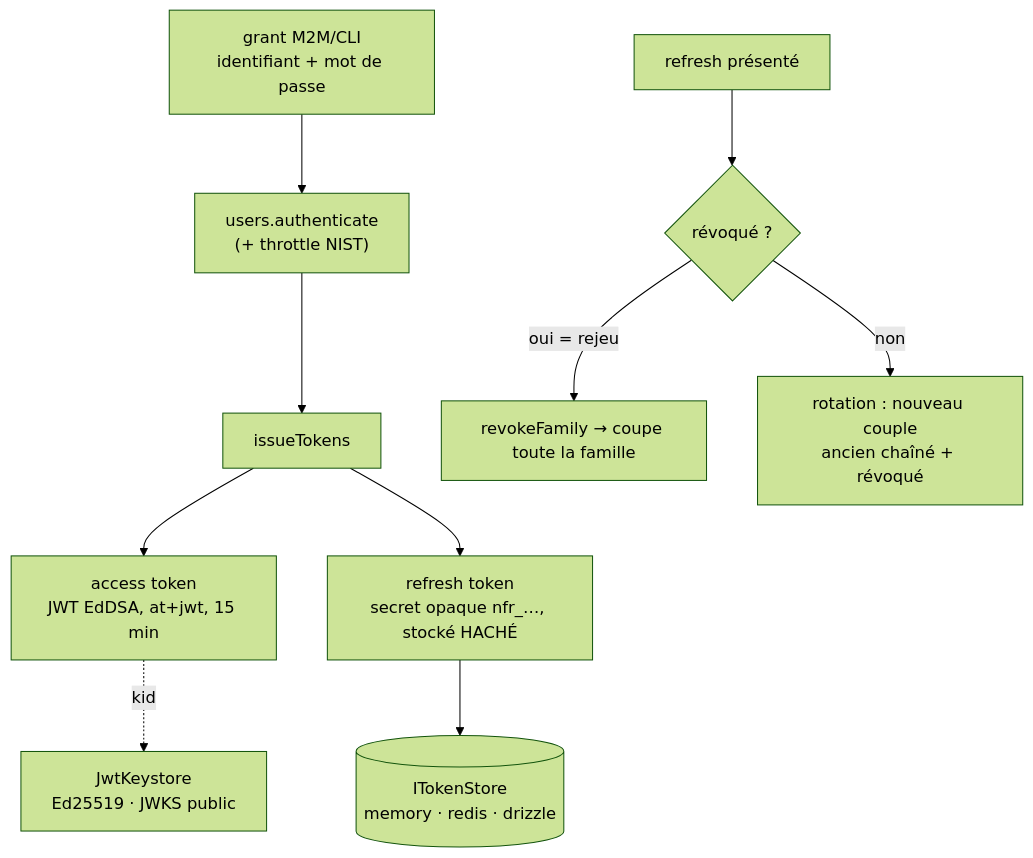
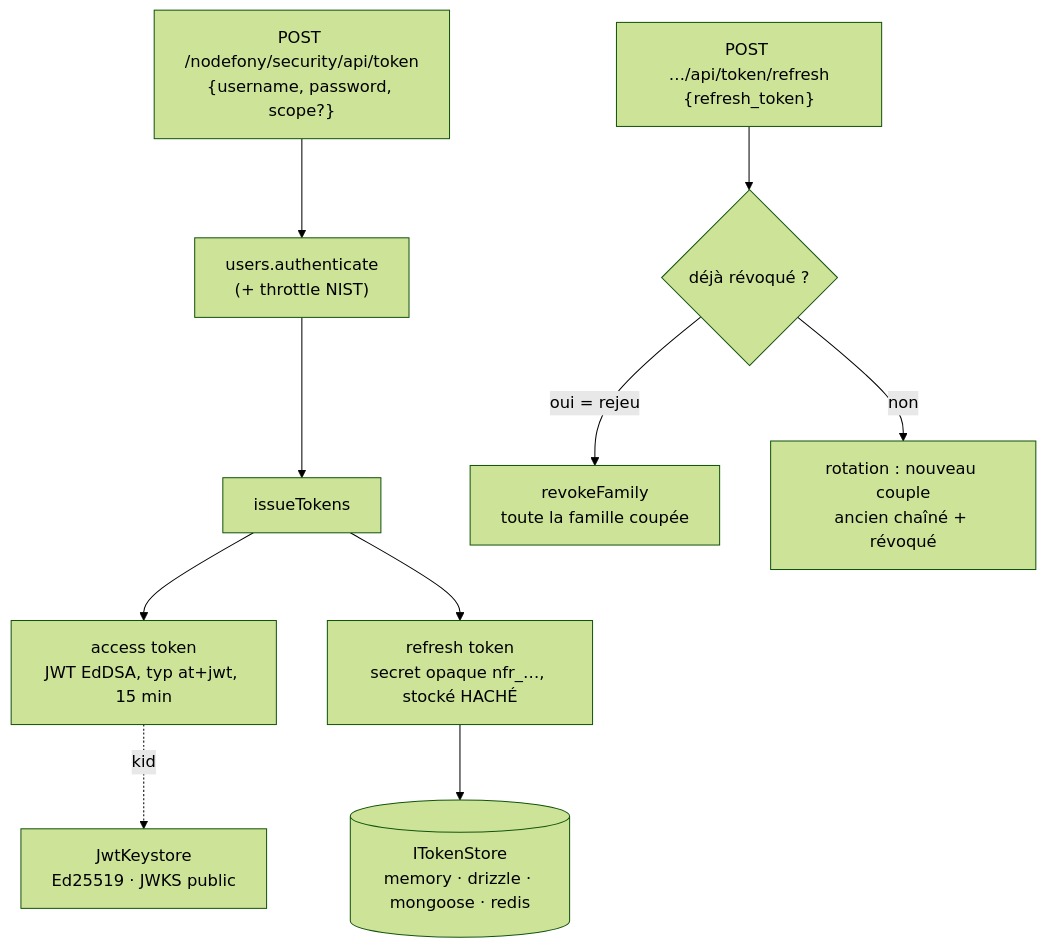
Before and after one commit to nodefony/nodefony-core: the diagram in src/packages/@nodefony/security/docs/tokens.md, drawn with Mermaid (forest theme). The commit also changed other lines of this file and 3 other files, not shown here.

````diff
--- a/src/packages/@nodefony/security/docs/tokens.md
+++ b/src/packages/@nodefony/security/docs/tokens.md
@@ -40,12 +41,12 @@
 ```mermaid
 flowchart TD
-  CRED["grant M2M/CLI<br/>identifiant + mot de passe"] --> VER["users.authenticate<br/>(+ throttle NIST)"]
+  CLI["POST /nodefony/security/api/token<br/>{username, password, scope?}"] --> VER["users.authenticate<br/>(+ throttle NIST)"]
   VER --> ISS["issueTokens"]
-  ISS --> AT["access token<br/>JWT EdDSA, at+jwt, 15 min"]
+  ISS --> AT["access token<br/>JWT EdDSA, typ at+jwt, 15 min"]
   ISS --> RT["refresh token<br/>secret opaque nfr_…, stocké HACHÉ"]
-  RT --> ST[("ITokenStore<br/>memory · redis · drizzle")]
+  RT --> ST[("ITokenStore<br/>memory · drizzle · mongoose · redis")]
   AT -.->|kid| KS["JwtKeystore<br/>Ed25519 · JWKS public"]
-  RT2["refresh présenté"] --> ROT{"révoqué ?"}
-  ROT -->|oui = rejeu| FAM["revokeFamily → coupe toute la famille"]
+  REF["POST …/api/token/refresh<br/>{refresh_token}"] --> ROT{"déjà révoqué ?"}
+  ROT -->|"oui = rejeu"| FAM["revokeFamily<br/>toute la famille coupée"]
   ROT -->|non| NEW["rotation : nouveau couple<br/>ancien chaîné + révoqué"]
 ```
````
